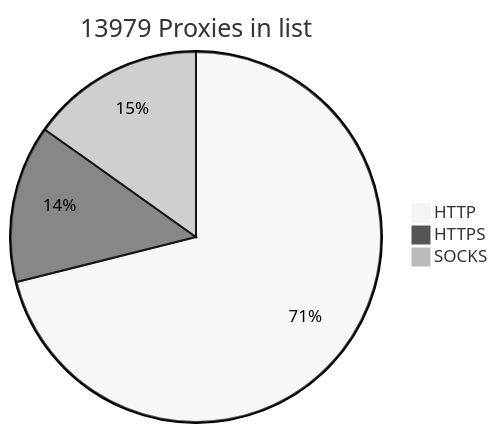
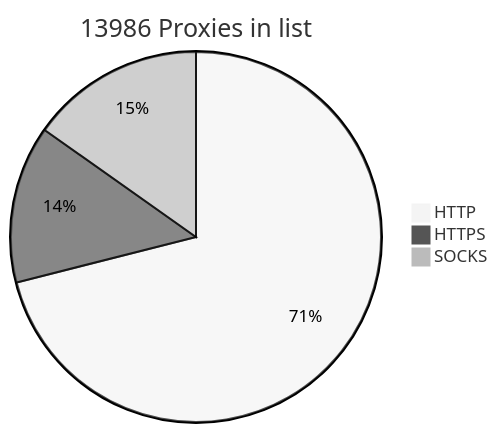
One commit to BlackSnowDot/proxylist-update-every-minute changed the diagram in README.md. Above: the diagram before and after it, drawn with Mermaid (neutral theme). The commit also changed other lines of this file, not shown here.

````diff
--- a/README.md
+++ b/README.md
@@ -2,6 +2,6 @@
 ```mermaid
-pie title 13979 Proxies in list
+pie title 13986 Proxies in list
     "HTTP" : 10439
     "HTTPS": 2019
-    "SOCKS" : 2227
+    "SOCKS" : 2234
 ```
````
